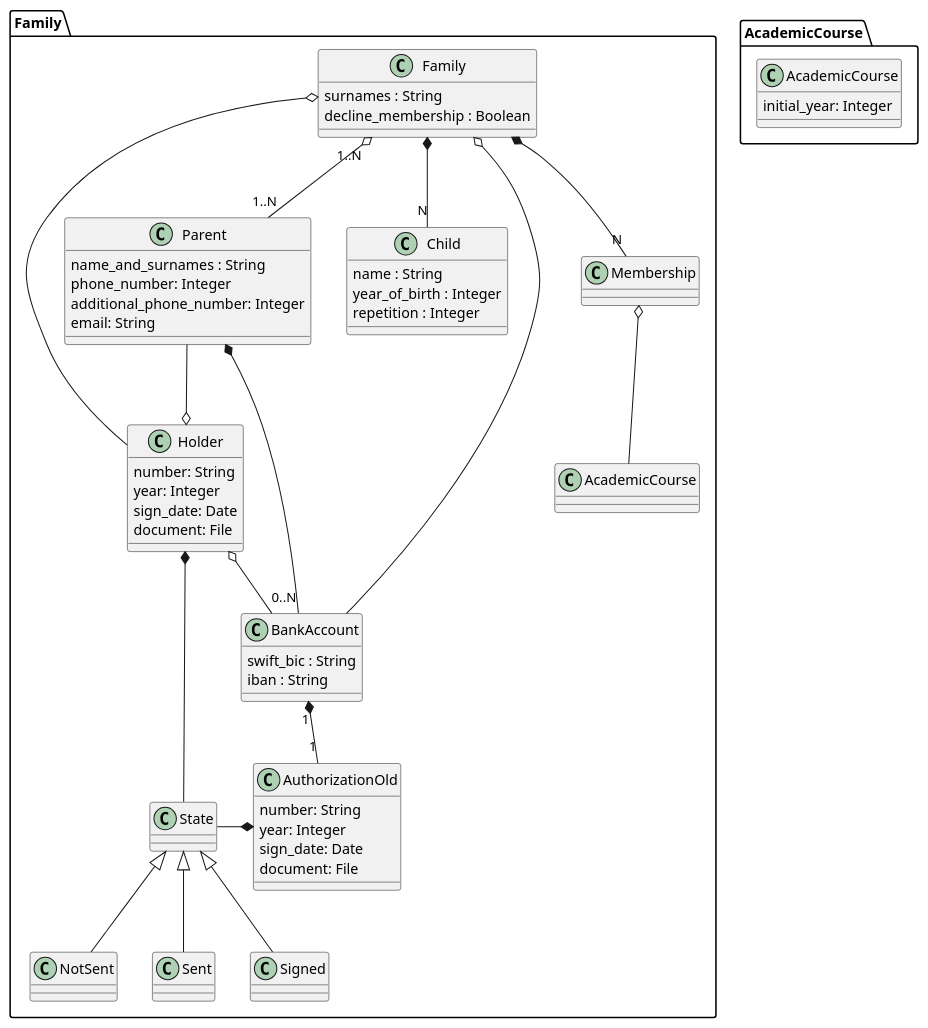
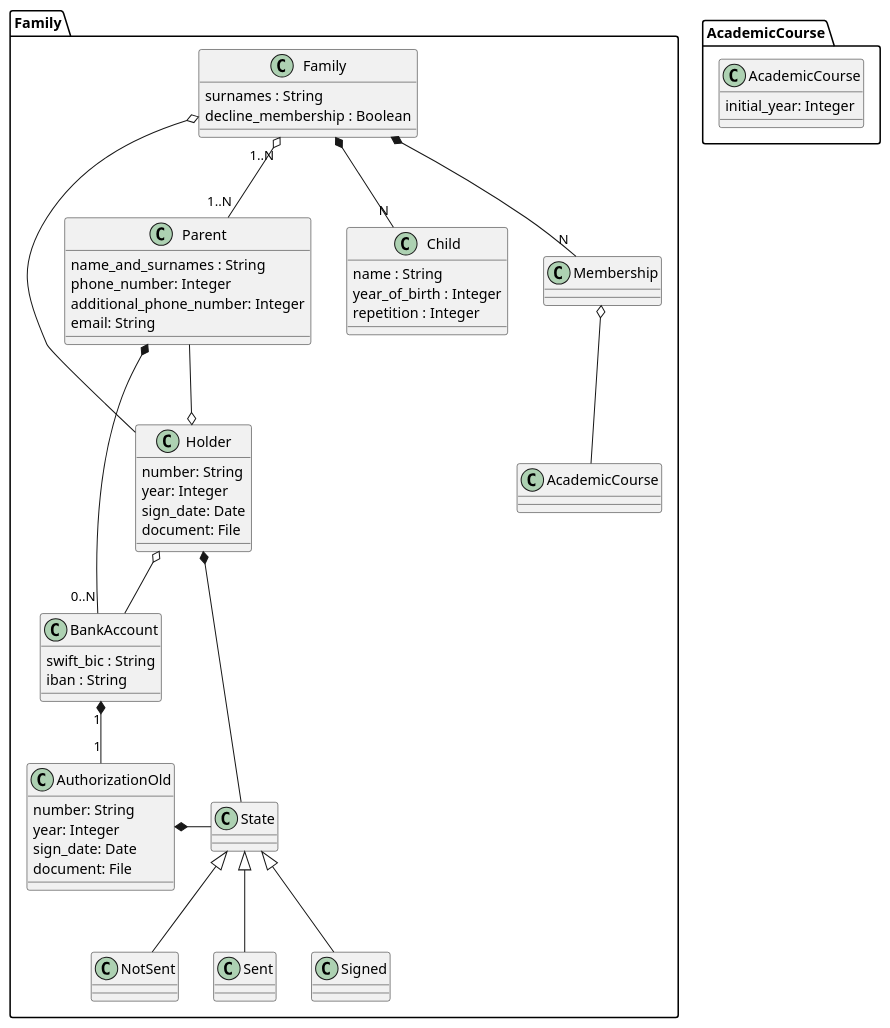
One commit to IgnacioMaestro/ampa-manager changed the diagram in doc/DomainModelDiagram/FamilyPackage/FamilyPackageMigrating.puml. Above: the diagram before and after it, drawn with PlantUML. The commit also changed 14 other files, not shown here.

Commit message:
feat: remove default_bank_account from family

```diff
--- a/doc/DomainModelDiagram/FamilyPackage/FamilyPackageMigrating.puml
+++ b/doc/DomainModelDiagram/FamilyPackage/FamilyPackageMigrating.puml
@@ -1,65 +1,64 @@
 @startuml
 package Family {
   class Family {
     surnames : String
     decline_membership : Boolean
   }
   class Parent {
     name_and_surnames : String
     phone_number: Integer
     additional_phone_number: Integer
     email: String
   }
   class Child {
     name : String
     year_of_birth : Integer
     repetition : Integer
   }
   class Holder {
       number: String
       year: Integer
       sign_date: Date
       document: File
   }
   class BankAccount {
     swift_bic : String
     iban : String
   }
   class AuthorizationOld {
     number: String
     year: Integer
     sign_date: Date
     document: File
   }
   class State
   class NotSent
   class Sent
   class Signed
 
   NotSent -up-|> State
   Sent -up-|> State
   Signed -up-|> State
   Holder *-right- State
   AuthorizationOld *-right- State
 
   class Membership
   Parent --o Holder: ""
   Holder o-- BankAccount
   Family o-- Holder
 
 
   Family "1..N" o-- "1..N" Parent
   Family *-- "N" Child
-  Parent *-- "0..N" BankAccount
-  Family o-- BankAccount: ""
+  Parent *-- "0..N" BankAccount: ""
   BankAccount "1" *-- "1" AuthorizationOld
   Family *-- "N" Membership: ""
   Membership o-- AcademicCourse
 }
 
 package AcademicCourse {
   class AcademicCourse {
     initial_year: Integer
   }
 }
 @enduml
```
